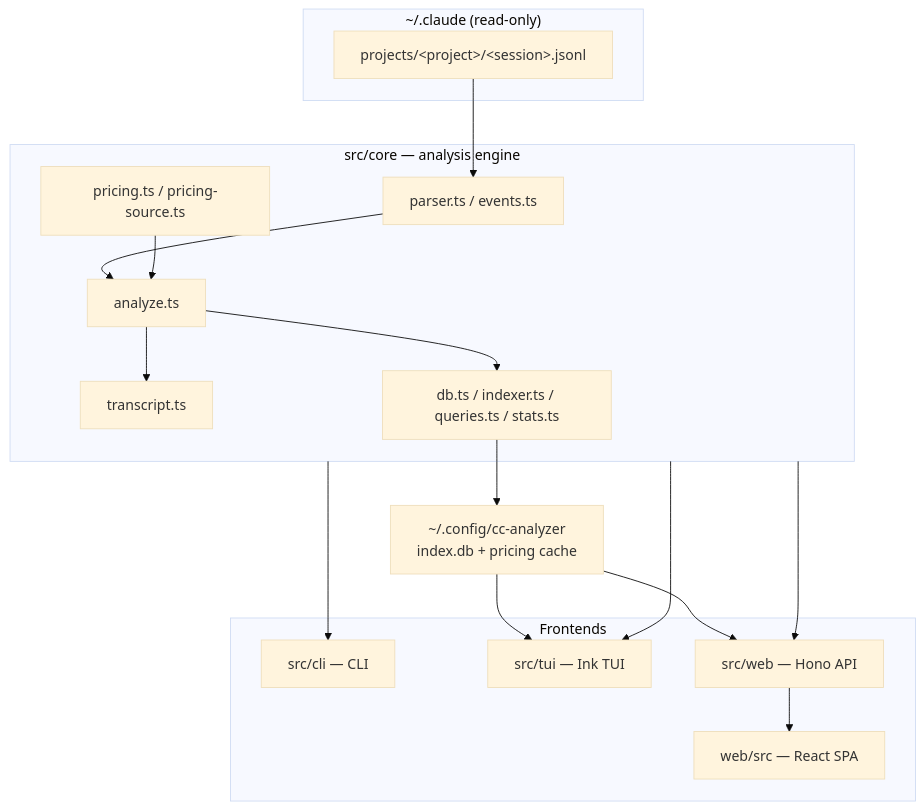
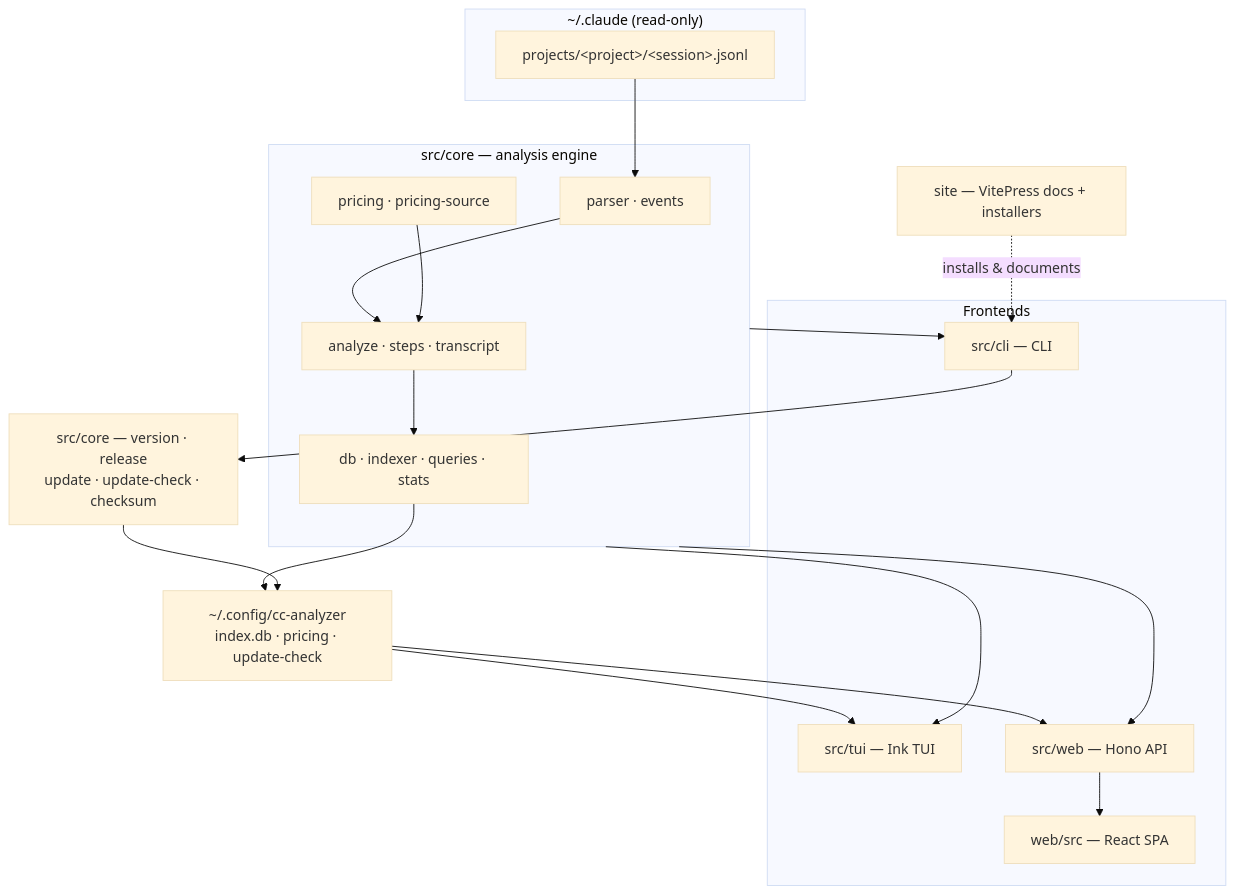
One commit to yorch/cc-analyzer changed the diagram in wiki/README.md. Above: the diagram before and after it, drawn with Mermaid (base theme). The commit also changed other lines of this file and 16 other files, not shown here.

````diff
--- a/wiki/README.md
+++ b/wiki/README.md
@@ -24,34 +24,33 @@
 ```mermaid
 flowchart TB
     subgraph data["~/.claude (read-only)"]
         JSONL["projects/&lt;project&gt;/&lt;session&gt;.jsonl"]
     end
 
     subgraph core["src/core — analysis engine"]
-        parser["parser.ts / events.ts"]
-        analyze["analyze.ts"]
-        transcript["transcript.ts"]
-        pricing["pricing.ts / pricing-source.ts"]
-        index["db.ts / indexer.ts / queries.ts / stats.ts"]
+        parse["parser · events"]
+        analyze["analyze · steps · transcript"]
+        pricing["pricing · pricing-source"]
+        index["db · indexer · queries · stats"]
     end
 
     subgraph frontends["Frontends"]
         cli["src/cli — CLI"]
         tui["src/tui — Ink TUI"]
         web["src/web — Hono API"]
         spa["web/src — React SPA"]
     end
 
-    state["~/.config/cc-analyzer<br/>index.db + pricing cache"]
+    updates["src/core — version · release<br/>update · update-check · checksum"]
+    site["site — VitePress docs + installers"]
+    state["~/.config/cc-analyzer<br/>index.db · pricing · update-check"]
 
-    JSONL --> parser --> analyze
-    analyze --> transcript
+    JSONL --> parse --> analyze
     pricing --> analyze
     analyze --> index --> state
-    core --> cli
-    core --> tui
-    core --> web
+    core --> cli & tui & web
     web --> spa
-    state --> tui
-    state --> web
+    state --> tui & web
+    cli --> updates --> state
+    site -. installs & documents .-> cli
 ```
````
